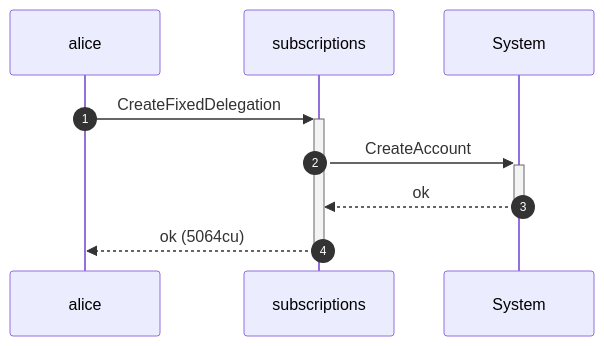
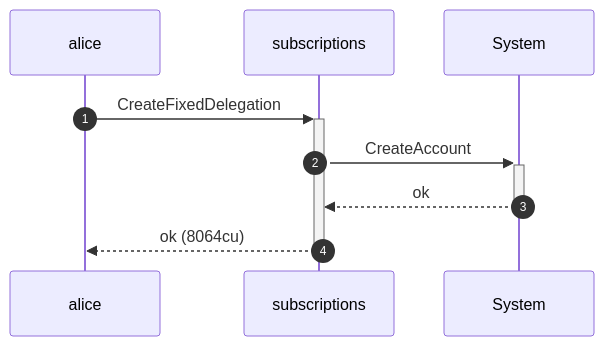
The sixth of 20 diagrams in dsl_tests/payer-recovers-a-delegation-after-the-authority-is-re-initialized.md (cds-rs/subscriptions), drawn with Mermaid before and after one commit. The commit also changed other lines of this file and 224 other files, not shown here.

````diff
--- a/dsl_tests/payer-recovers-a-delegation-after-the-authority-is-re-initialized.md
+++ b/dsl_tests/payer-recovers-a-delegation-after-the-authority-is-re-initialized.md
@@ -117,11 +123,11 @@
 ```mermaid
 sequenceDiagram
     autonumber
     participant alice
     participant subscriptions
     participant System
     alice ->>+ subscriptions: CreateFixedDelegation
     subscriptions ->>+ System: CreateAccount
     System -->>- subscriptions: ok
-    subscriptions -->>- alice: ok (5064cu)
+    subscriptions -->>- alice: ok (8064cu)
 ```
````
